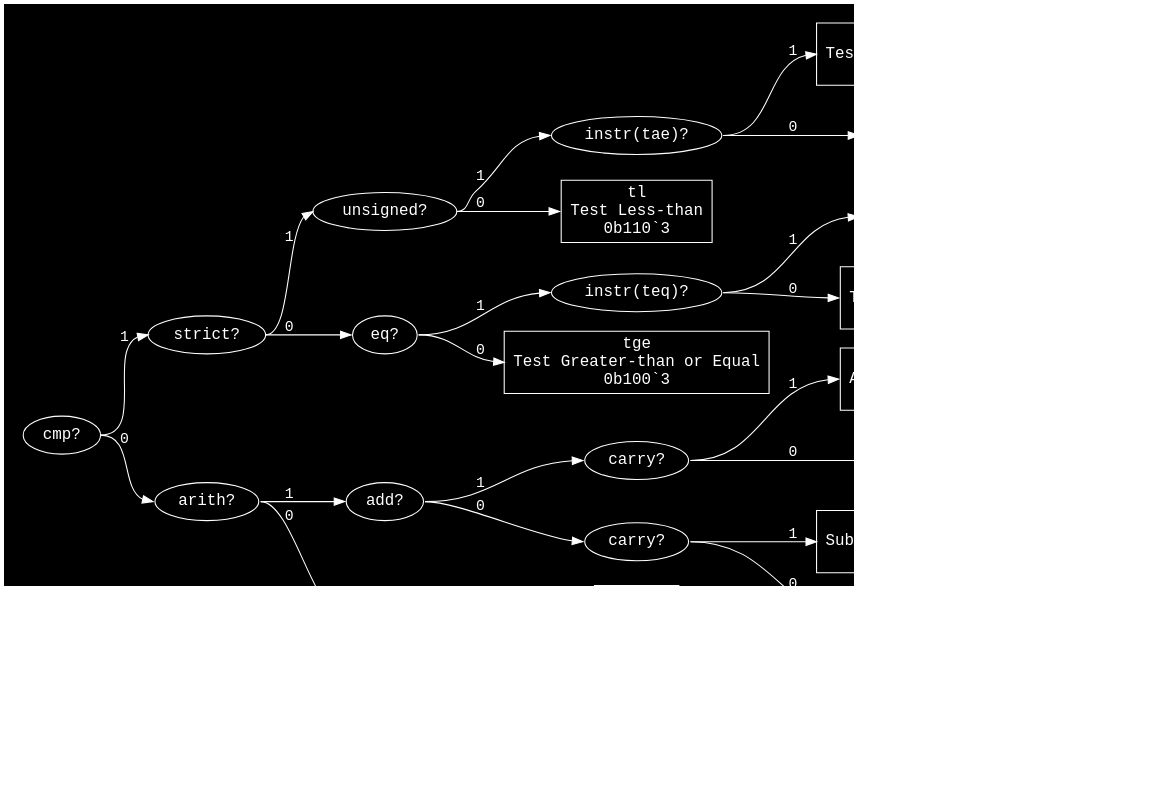
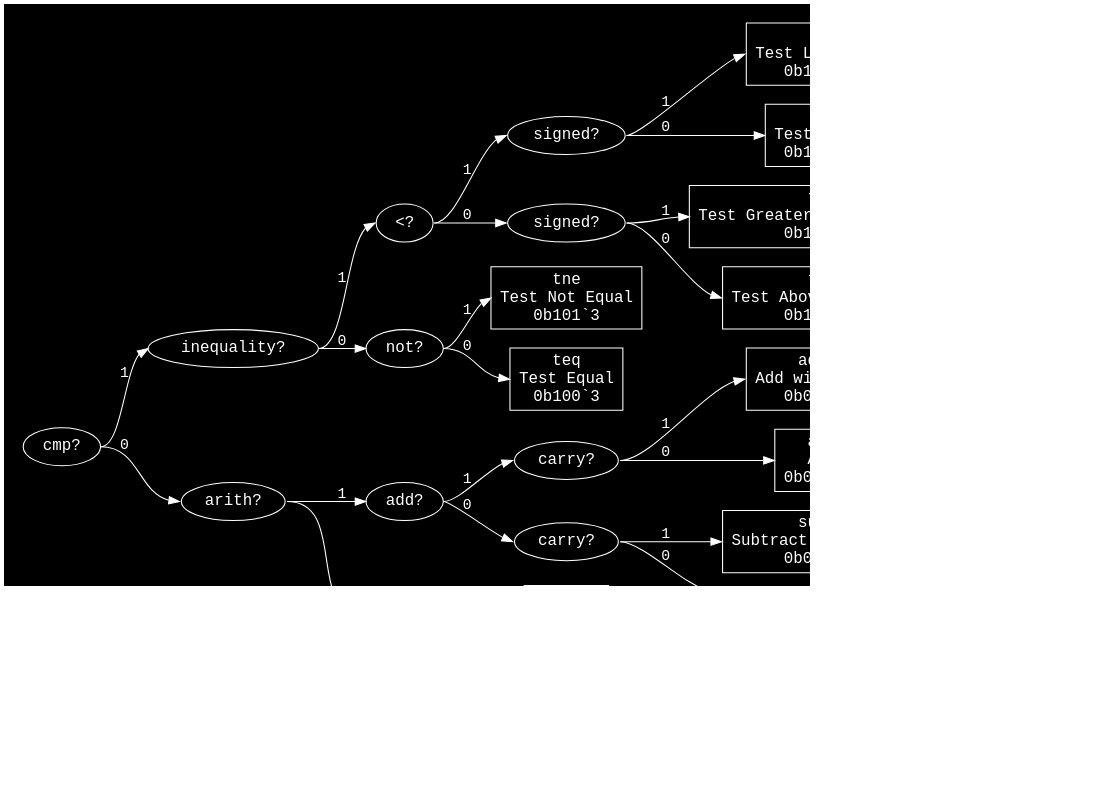
Before and after one commit to eignnx/SPRIND: the diagram in assets/graphs/rr(_).dot, drawn with Graphviz. The commit also changed 8 other files, not shown here.

```diff
--- a/assets/graphs/rr(_).dot
+++ b/assets/graphs/rr(_).dot
@@ -1,58 +1,58 @@
 digraph "Format rr(_)" {
   graph [dpi = 100, bgcolor="#111", fontcolor="white", rankdir=LR, pad="0.25"];
   node [fontname = "Courier", fontsize="15pt", color="white", fontcolor="white"];
   edge [fontname = "Courier", color="white", fontcolor="white"];
-  "cmp_10232838" [label = "cmp?", shape = ellipse];
-  "cmp_10232838":e -> "strict_10325086":w [label = "1"];
-  "cmp_10232838":e -> "arith_10218939":w [label = "0"];
-  "strict_10325086" [label = "strict?", shape = ellipse];
-  "strict_10325086":e -> "unsigned_6728150":w [label = "1"];
-  "strict_10325086":e -> "eq_1600762":w [label = "0"];
-  "unsigned_6728150" [label = "unsigned?", shape = ellipse];
-  "unsigned_6728150":e -> "instr(tae)_163210":w [label = "1"];
-  "unsigned_6728150":e -> "tl_8913108":w [label = "0"];
-  "instr(tae)_163210" [label = "instr(tae)?", shape = ellipse];
-  "instr(tae)_163210":e -> "tae_6900673":w [label = "1"];
-  "instr(tae)_163210":e -> "tb_7020844":w [label = "0"];
-  "tae_6900673" [label = "tae\nTest Above or Equal\n0b1111`4", shape = rectangle];
+  "cmp_9353091" [label = "cmp?", shape = ellipse];
+  "cmp_9353091":e -> "inequality_7926467":w [label = "1"];
+  "cmp_9353091":e -> "arith_10218939":w [label = "0"];
+  "inequality_7926467" [label = "inequality?", shape = ellipse];
+  "inequality_7926467":e -> "<_4417663":w [label = "1"];
+  "inequality_7926467":e -> "not_10056146":w [label = "0"];
+  "<_4417663" [label = "<?", shape = ellipse];
+  "<_4417663":e -> "signed_5200454":w [label = "1"];
+  "<_4417663":e -> "signed_9666543":w [label = "0"];
+  "signed_5200454" [label = "signed?", shape = ellipse];
+  "signed_5200454":e -> "tl_8913108":w [label = "1"];
+  "signed_5200454":e -> "tb_7020844":w [label = "0"];
+  "tl_8913108" [label = "tl\nTest Less-than\n0b1111`4", shape = rectangle];
   "tb_7020844" [label = "tb\nTest Below\n0b1110`4", shape = rectangle];
-  "tl_8913108" [label = "tl\nTest Less-than\n0b110`3", shape = rectangle];
-  "eq_1600762" [label = "eq?", shape = ellipse];
-  "eq_1600762":e -> "instr(teq)_8451579":w [label = "1"];
-  "eq_1600762":e -> "tge_289938":w [label = "0"];
-  "instr(teq)_8451579" [label = "instr(teq)?", shape = ellipse];
-  "instr(teq)_8451579":e -> "teq_6366130":w [label = "1"];
-  "instr(teq)_8451579":e -> "tne_9691690":w [label = "0"];
-  "teq_6366130" [label = "teq\nTest Equal\n0b1011`4", shape = rectangle];
-  "tne_9691690" [label = "tne\nTest Not Equal\n0b1010`4", shape = rectangle];
-  "tge_289938" [label = "tge\nTest Greater-than or Equal\n0b100`3", shape = rectangle];
+  "signed_9666543" [label = "signed?", shape = ellipse];
+  "signed_9666543":e -> "tge_289938":w [label = "1"];
+  "signed_9666543":e -> "tae_6900673":w [label = "0"];
+  "tge_289938" [label = "tge\nTest Greater-than or Equal\n0b1101`4", shape = rectangle];
+  "tae_6900673" [label = "tae\nTest Above or Equal\n0b1100`4", shape = rectangle];
+  "not_10056146" [label = "not?", shape = ellipse];
+  "not_10056146":e -> "tne_9691690":w [label = "1"];
+  "not_10056146":e -> "teq_6366130":w [label = "0"];
+  "tne_9691690" [label = "tne\nTest Not Equal\n0b101`3", shape = rectangle];
+  "teq_6366130" [label = "teq\nTest Equal\n0b100`3", shape = rectangle];
   "arith_10218939" [label = "arith?", shape = ellipse];
   "arith_10218939":e -> "add_14925082":w [label = "1"];
   "arith_10218939":e -> "and_2131246":w [label = "0"];
   "add_14925082" [label = "add?", shape = ellipse];
   "add_14925082":e -> "carry_14418308":w [label = "1"];
   "add_14925082":e -> "carry_5674031":w [label = "0"];
   "carry_14418308" [label = "carry?", shape = ellipse];
   "carry_14418308":e -> "addcy_9991314":w [label = "1"];
   "carry_14418308":e -> "add_13179919":w [label = "0"];
   "addcy_9991314" [label = "addcy\nAdd with Carry\n0b0111`4", shape = rectangle];
   "add_13179919" [label = "add\nAdd\n0b0110`4", shape = rectangle];
   "carry_5674031" [label = "carry?", shape = ellipse];
   "carry_5674031":e -> "subcy_4746204":w [label = "1"];
   "carry_5674031":e -> "sub_2133549":w [label = "0"];
   "subcy_4746204" [label = "subcy\nSubtract with Carry\n0b0101`4", shape = rectangle];
   "sub_2133549" [label = "sub\nSubtract\n0b0100`4", shape = rectangle];
   "and_2131246" [label = "and?", shape = ellipse];
   "and_2131246":e -> "and_14333479":w [label = "1"];
   "and_2131246":e -> "bitwise_14135401":w [label = "0"];
   "and_14333479" [label = "and\nAND\n0b001`3", shape = rectangle];
   "bitwise_14135401" [label = "bitwise?", shape = ellipse];
   "bitwise_14135401":e -> "xor_1186243":w [label = "1"];
   "bitwise_14135401":e -> "mov_8131765":w [label = "0"];
   "xor_1186243" [label = "xor?", shape = ellipse];
   "xor_1186243":e -> "xor_16442135":w [label = "1"];
   "xor_1186243":e -> "or_13437499":w [label = "0"];
   "xor_16442135" [label = "xor\nXOR\n0b00011`5", shape = rectangle];
   "or_13437499" [label = "or\nOR\n0b00010`5", shape = rectangle];
   "mov_8131765" [label = "mov\nMove\n0b0000`4", shape = rectangle];
 }
```
